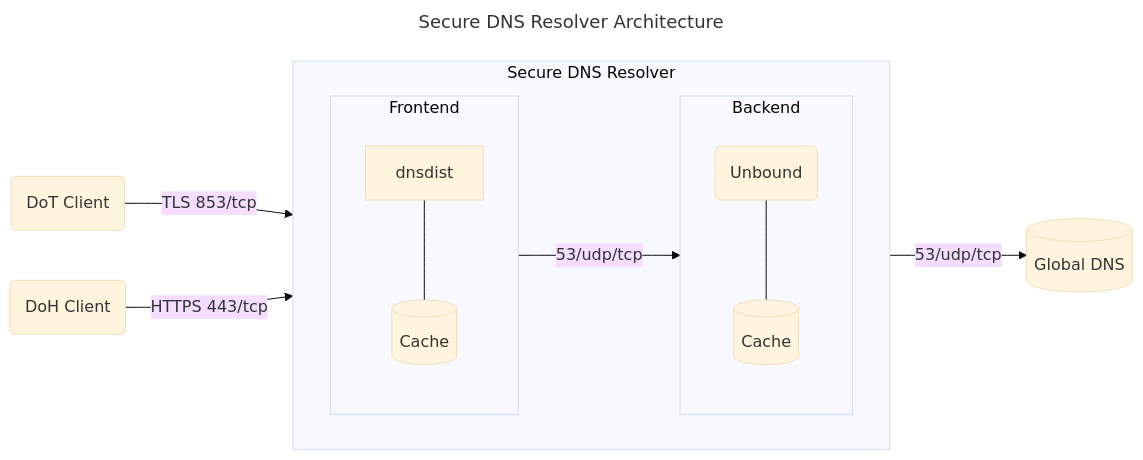
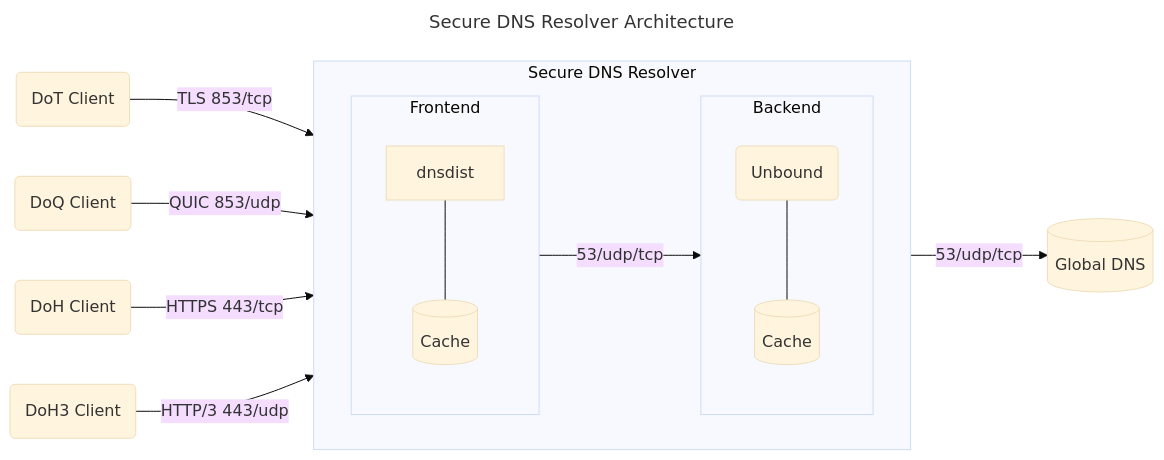
The diagram in ARCHITECTURE.md (DigitaleGesellschaft/DNS-Resolver), drawn with Mermaid (base theme) before and after one commit. The commit also changed 10 other files, not shown here.

````diff
--- a/ARCHITECTURE.md
+++ b/ARCHITECTURE.md
@@ -17,21 +17,23 @@
 ```mermaid
 ---
 title: Secure DNS Resolver Architecture
 ---
 graph LR
     dotClient(DoT Client) -->|TLS 853/tcp| frontend(Frontend)
+    doqClient(DoQ Client) -->|QUIC 853/udp| frontend
     dohClient(DoH Client) -->|HTTPS 443/tcp| frontend
+    doh3Client(DoH3 Client) -->|HTTP/3 443/udp| frontend
     subgraph server [Secure DNS Resolver]
         direction LR
         frontend -->|53/udp/tcp| backend
         subgraph frontend[Frontend]
             direction TB
             dnsdist --- dnsdistCash[(Cache)]
         end
         subgraph backend[Backend]
             direction TB
             unbound(Unbound) --- unboundCash[(Cache)]
         end
     end
     backend -->|53/udp/tcp| dnsSystem[(Global DNS)]
 ```
````
